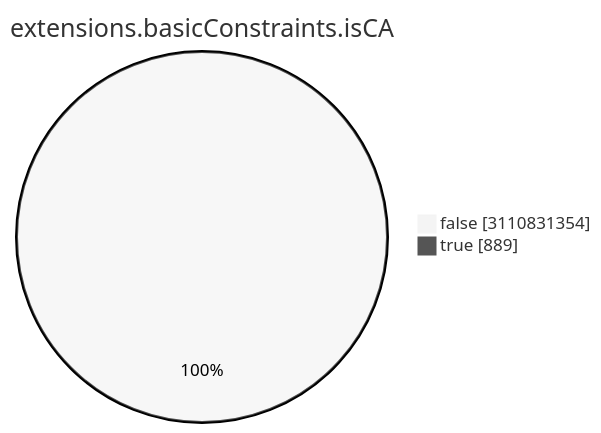
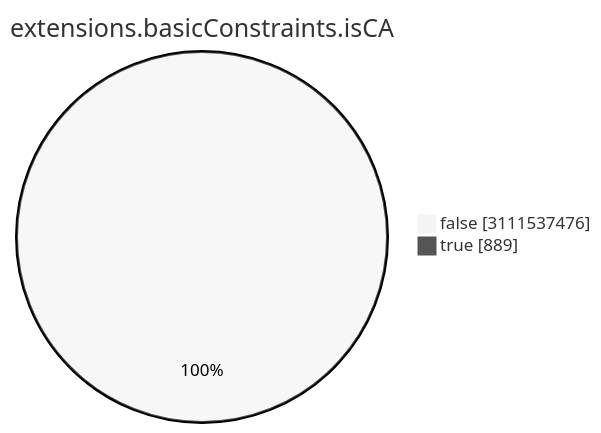
The seventh of 15 diagrams in TOTAL/README.md (christiankrug/ctmonitor_visualization), drawn with Mermaid (neutral theme) before and after one commit. The commit also changed other lines of this file, not shown here.

````diff
--- a/TOTAL/README.md
+++ b/TOTAL/README.md
@@ -3088,6 +3088,6 @@
 ```mermaid
 pie showData
 title extensions.basicConstraints.isCA
-"false" :3110831354
+"false" :3111537476
 "true" :889
 ```
````
